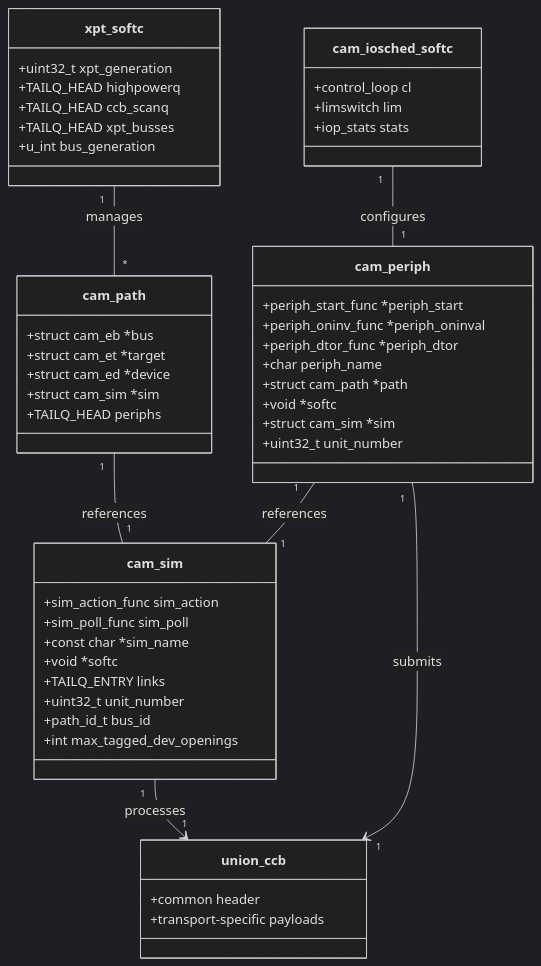
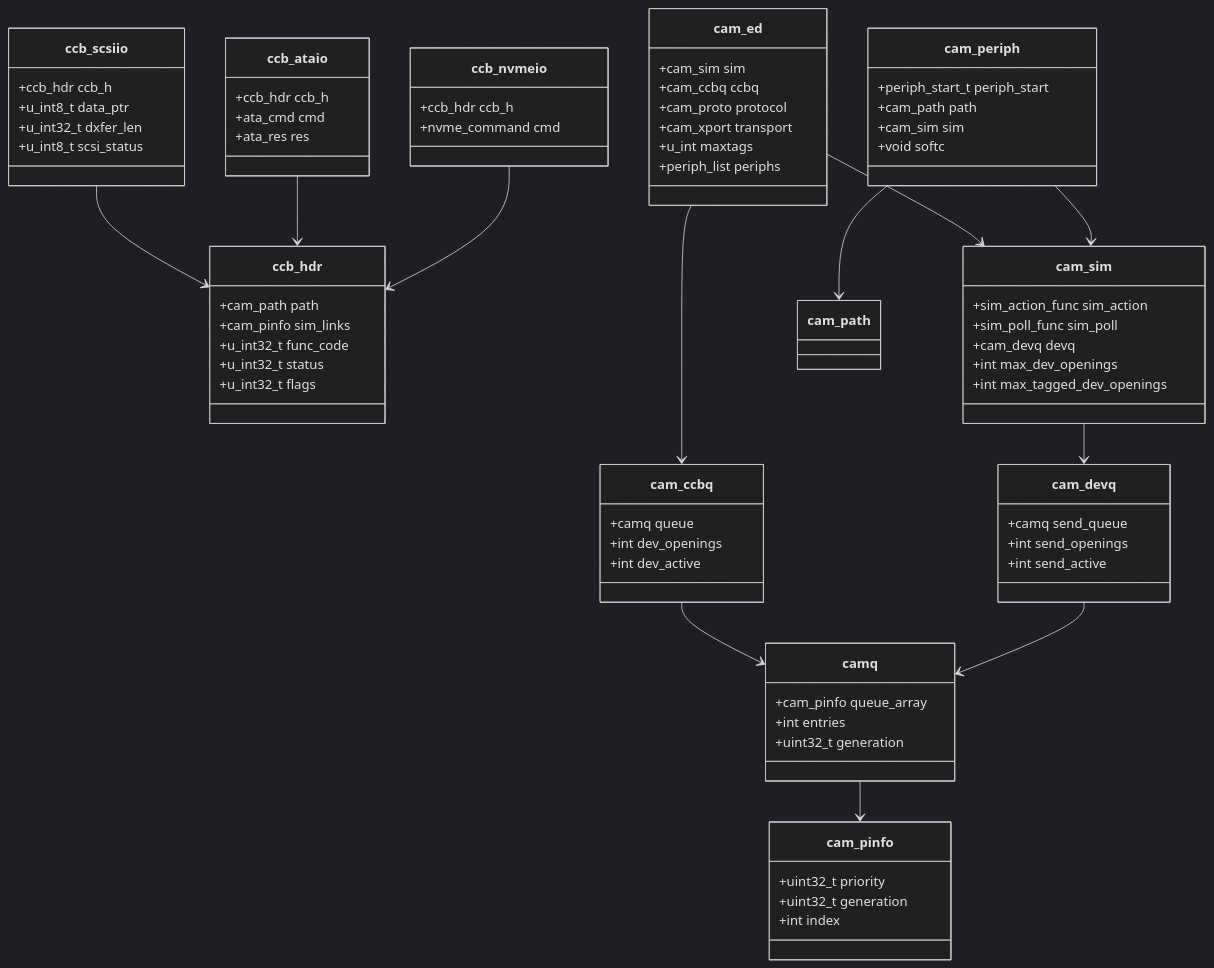
One commit to ocochard/freebsd-src changed the diagram in sys/cam/README.md. Above: the diagram before and after it, drawn with Mermaid (dark theme). The commit also changed other lines of this file and 40 other files, not shown here.

````diff
--- a/sys/cam/README.md
+++ b/sys/cam/README.md
@@ -105,53 +293,77 @@
 ```mermaid
 classDiagram
-    class xpt_softc {
-        +uint32_t xpt_generation
-        +TAILQ_HEAD highpowerq
-        +TAILQ_HEAD ccb_scanq
-        +TAILQ_HEAD xpt_busses
-        +u_int bus_generation
-    }
-    class cam_path {
-        +struct cam_eb *bus
-        +struct cam_et *target
-        +struct cam_ed *device
-        +struct cam_sim *sim
-        +TAILQ_HEAD periphs
-    }
-    class cam_periph {
-        +periph_start_func *periph_start
-        +periph_oninv_func *periph_oninval
-        +periph_dtor_func *periph_dtor
-        +char periph_name
-        +struct cam_path *path
-        +void *softc
-        +struct cam_sim *sim
-        +uint32_t unit_number
-    }
-    class cam_sim {
-        +sim_action_func sim_action
-        +sim_poll_func sim_poll
-        +const char *sim_name
-        +void *softc
-        +TAILQ_ENTRY links
-        +uint32_t unit_number
-        +path_id_t bus_id
-        +int max_tagged_dev_openings
-    }
-    class union_ccb {
-        +common header
-        +transport-specific payloads
-    }
-    class cam_iosched_softc {
-        +control_loop cl
-        +limswitch lim
-        +iop_stats stats
-    }
-
-    xpt_softc "1" -- "*" cam_path : manages
-    cam_path "1" -- "1" cam_sim : references
-    cam_periph "1" -- "1" cam_sim : references
-    cam_periph "1" --> "1" union_ccb : submits
-    cam_sim "1" --> "1" union_ccb : processes
-    cam_iosched_softc "1" -- "1" cam_periph : configures
+  class ccb_hdr {
+    +cam_path path
+    +cam_pinfo sim_links
+    +u_int32_t func_code
+    +u_int32_t status
+    +u_int32_t flags
+  }
+  class ccb_scsiio {
+    +ccb_hdr ccb_h
+    +u_int8_t data_ptr
+    +u_int32_t dxfer_len
+    +u_int8_t scsi_status
+  }
+  class ccb_ataio {
+    +ccb_hdr ccb_h
+    +ata_cmd cmd
+    +ata_res res
+  }
+  class ccb_nvmeio {
+    +ccb_hdr ccb_h
+    +nvme_command cmd
+  }
+  class cam_ed {
+    +cam_sim sim
+    +cam_ccbq ccbq
+    +cam_proto protocol
+    +cam_xport transport
+    +u_int maxtags
+    +periph_list periphs
+  }
+  class cam_sim {
+    +sim_action_func sim_action
+    +sim_poll_func sim_poll
+    +cam_devq devq
+    +int max_dev_openings
+    +int max_tagged_dev_openings
+  }
+  class cam_periph {
+    +periph_start_t periph_start
+    +cam_path path
+    +cam_sim sim
+    +void softc
+  }
+  class cam_ccbq {
+    +camq queue
+    +int dev_openings
+    +int dev_active
+  }
+  class cam_devq {
+    +camq send_queue
+    +int send_openings
+    +int send_active
+  }
+  class camq {
+    +cam_pinfo queue_array
+    +int entries
+    +uint32_t generation
+  }
+  class cam_pinfo {
+    +uint32_t priority
+    +uint32_t generation
+    +int index
+  }
+  ccb_scsiio --> ccb_hdr
+  ccb_ataio --> ccb_hdr
+  ccb_nvmeio --> ccb_hdr
+  cam_ed --> cam_sim
+  cam_ed --> cam_ccbq
+  cam_sim --> cam_devq
+  cam_periph --> cam_sim
+  cam_periph --> cam_path
+  cam_ccbq --> camq
+  cam_devq --> camq
+  camq --> cam_pinfo
 ```
````
